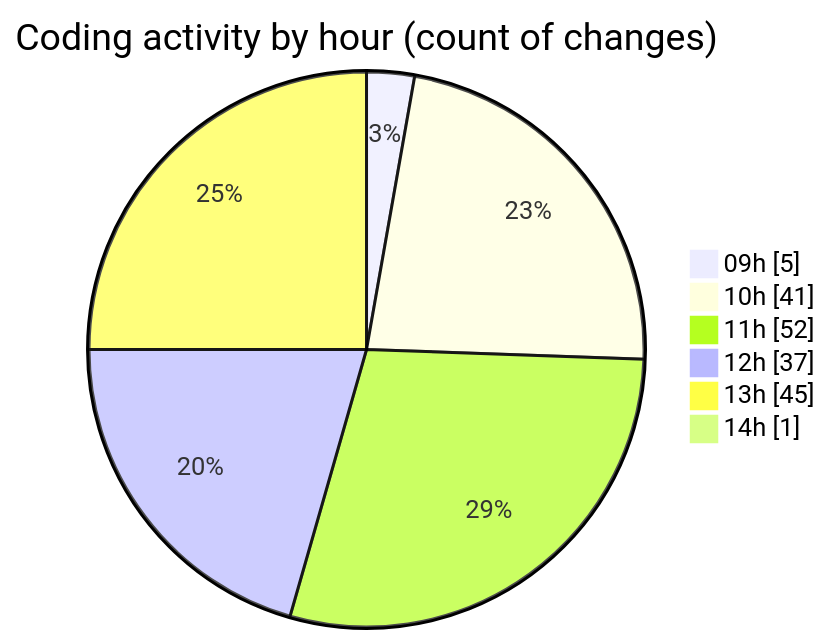
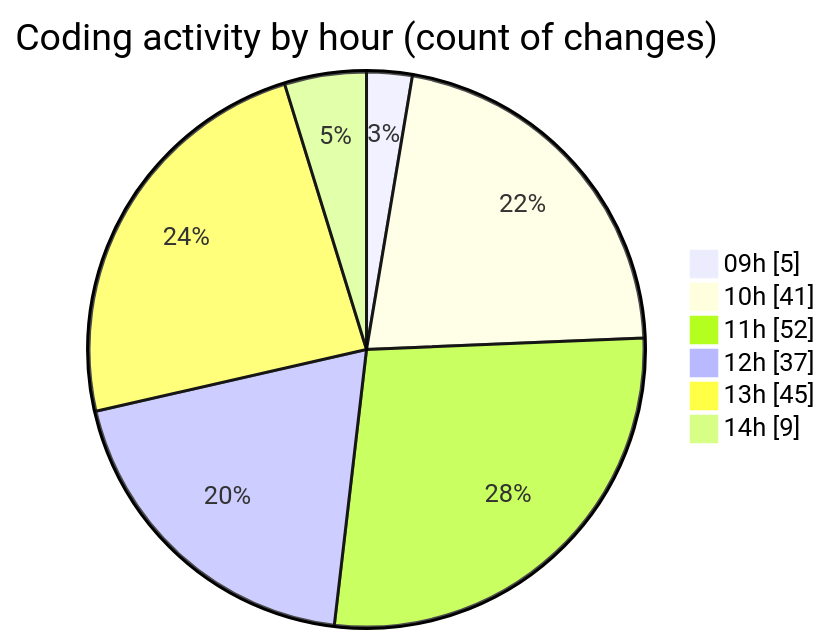
The second of 2 diagrams in 2026-04-27/cda/README.md (momahboobian/code-tracking), drawn with Mermaid before and after one commit. The commit also changed other lines of this file and 1 other file, not shown here.

````diff
--- a/2026-04-27/cda/README.md
+++ b/2026-04-27/cda/README.md
@@ -56,10 +57,10 @@
 ```mermaid
 pie showData
 title Coding activity by hour (count of changes)
 "09h" : 5
 "10h" : 41
 "11h" : 52
 "12h" : 37
 "13h" : 45
-"14h" : 1
+"14h" : 9
 ```
````
